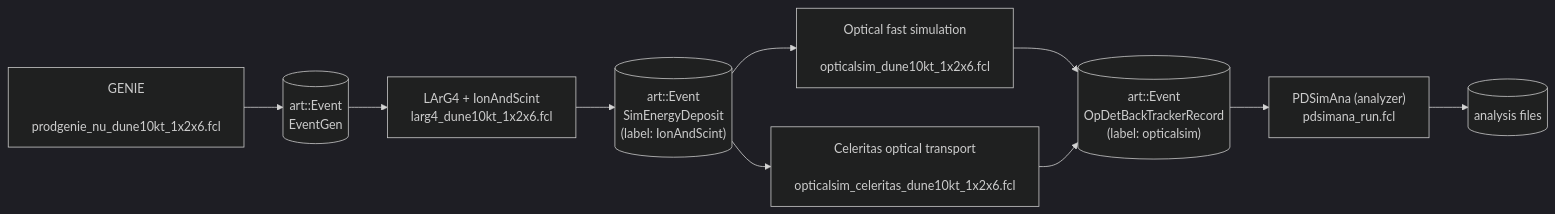
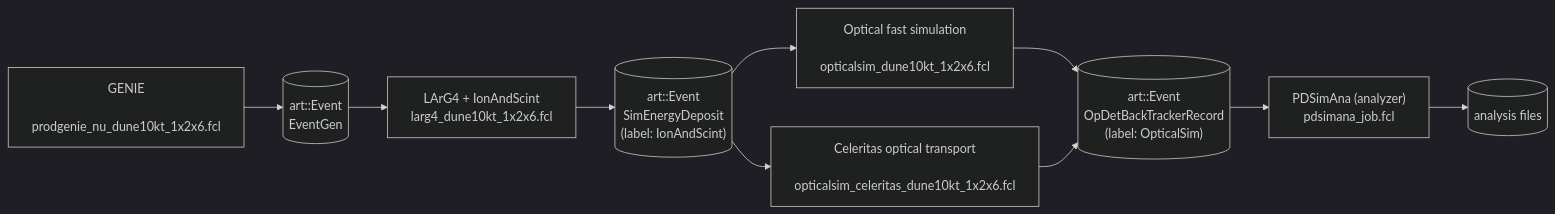
Before and after one commit to celeritas-project/celeritas: the diagram in example/larceler/README.md, drawn with Mermaid (dark theme). The commit also changed other lines of this file and 7 other files, not shown here.

````diff
--- a/example/larceler/README.md
+++ b/example/larceler/README.md
@@ -11,26 +34,26 @@
 ```mermaid
 flowchart LR
 evt-gen["GENIE
     prodgenie_nu_dune10kt_1x2x6.fcl"]
 genie-data[("art::Event
     EventGen")]
 det-edep["LArG4 + IonAndScint
     larg4_dune10kt_1x2x6.fcl"]
 edep-data[("art::Event
     SimEnergyDeposit
     (label: IonAndScint)")]
 det-optical-fast["Optical fast simulation
     opticalsim_dune10kt_1x2x6.fcl"]
 det-optical-full["Celeritas optical transport
     opticalsim_celeritas_dune10kt_1x2x6.fcl"]
 optical-data[("art::Event
     OpDetBackTrackerRecord
-    (label: opticalsim)")]
+    (label: OpticalSim)")]
 analyzer["PDSimAna (analyzer)
-    pdsimana_run.fcl"]
+    pdsimana_job.fcl"]
 analyzer-data[("analysis files")]
 
 evt-gen --> genie-data --> det-edep --> edep-data
 edep-data --> det-optical-fast & det-optical-full --> optical-data --> analyzer
 analyzer --> analyzer-data
 ```
````
